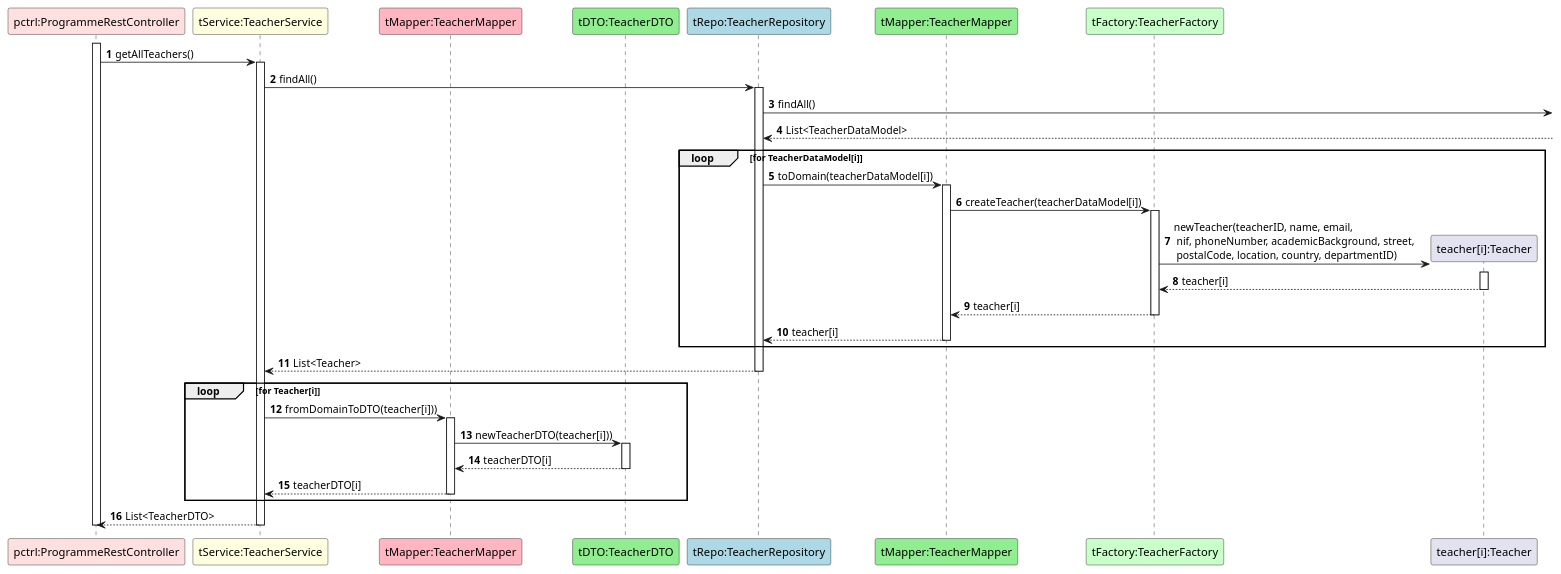
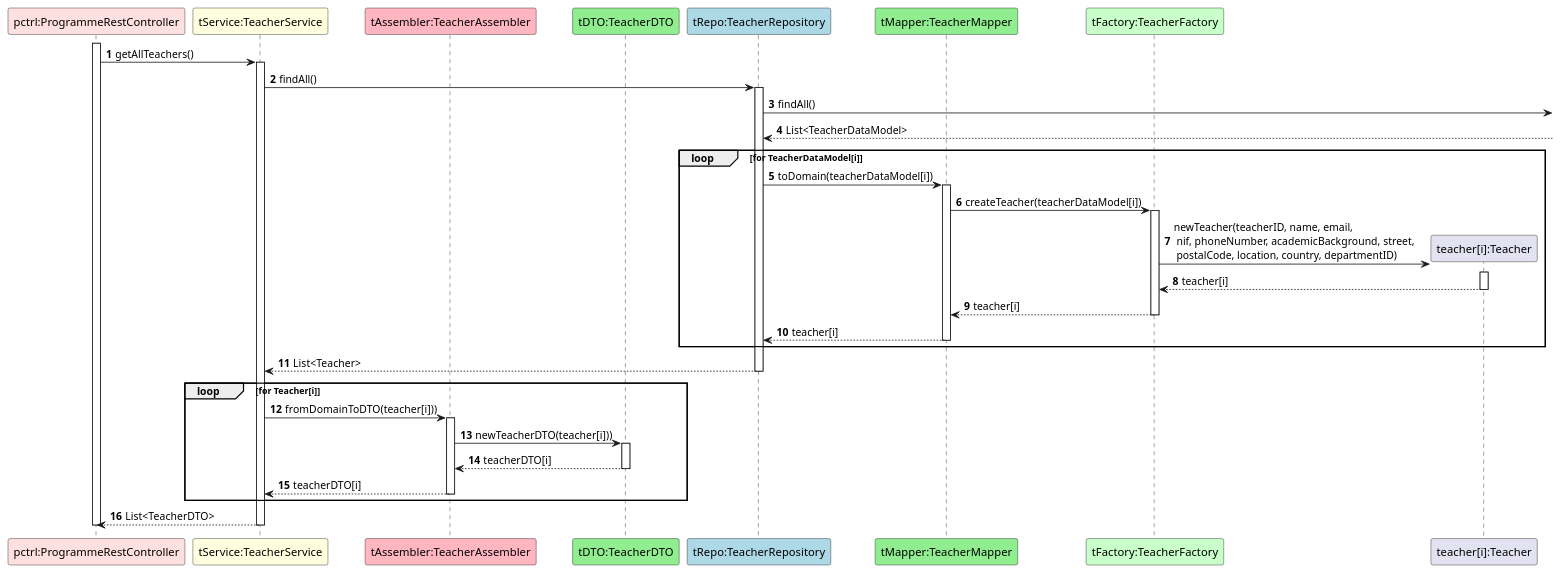
One commit to GasparISEP/DevOps-PAI changed the diagram in docs/US31/ProcessView/Level4/Ref-getAllTeachers.puml. Above: the diagram before and after it, drawn with PlantUML. The commit also changed 5 other files, not shown here.

Commit message:
Corrections to registerProgramme's Process Lvl4 Diagrams, #505, #523

```diff
--- a/docs/US31/ProcessView/Level4/Ref-getAllTeachers.puml
+++ b/docs/US31/ProcessView/Level4/Ref-getAllTeachers.puml
@@ -1,41 +1,41 @@
 @startuml
 autonumber
 
 participant "pctrl:ProgrammeRestController" as C #implementation
 participant "tService:TeacherService" as TS #lightyellow
-participant "tMapper:TeacherMapper" as TM #lightpink
+participant "tAssembler:TeacherAssembler" as TA #lightpink
 participant "tDTO:TeacherDTO" as TDTO #lightgreen
 participant "tRepo:TeacherRepository" as TR #lightblue
 participant "tMapper:TeacherMapper" as M #lightgreen
 participant "tFactory:TeacherFactory" as TF #technology
 participant "teacher[i]:Teacher" as T
 
 activate C
 C -> TS ++: getAllTeachers()
 
 TS -> TR ++: findAll()
 
 TR -> : findAll()
 TR <-- : List<TeacherDataModel>
 
 loop for TeacherDataModel[i]
 TR -> M ++: toDomain(teacherDataModel[i])
 M -> TF ++: createTeacher(teacherDataModel[i])
 TF -> T**: newTeacher(teacherID, name, email, \n nif, phoneNumber, academicBackground, street, \n postalCode, location, country, departmentID)
 activate T
 T --> TF --: teacher[i]
 TF --> M --: teacher[i]
 M --> TR --: teacher[i]
 end
 
 TR --> TS --: List<Teacher>
 loop for Teacher[i]
-TS -> TM ++ :fromDomainToDTO(teacher[i]))
-TM -> TDTO ++: newTeacherDTO(teacher[i]))
-TDTO --> TM --: teacherDTO[i]
-TM --> TS --: teacherDTO[i]
+TS -> TA ++ :fromDomainToDTO(teacher[i]))
+TA -> TDTO ++: newTeacherDTO(teacher[i]))
+TDTO --> TA --: teacherDTO[i]
+TA --> TS --: teacherDTO[i]
 end
 
 TS --> C --: List<TeacherDTO>
 deactivate C
 @enduml
```
